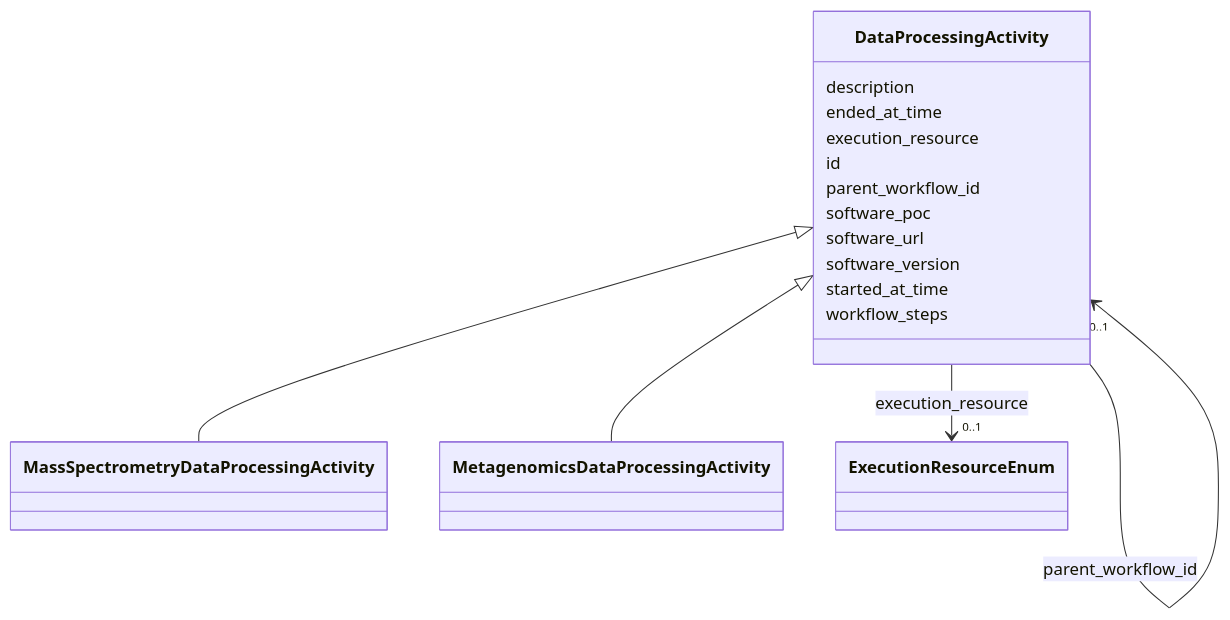
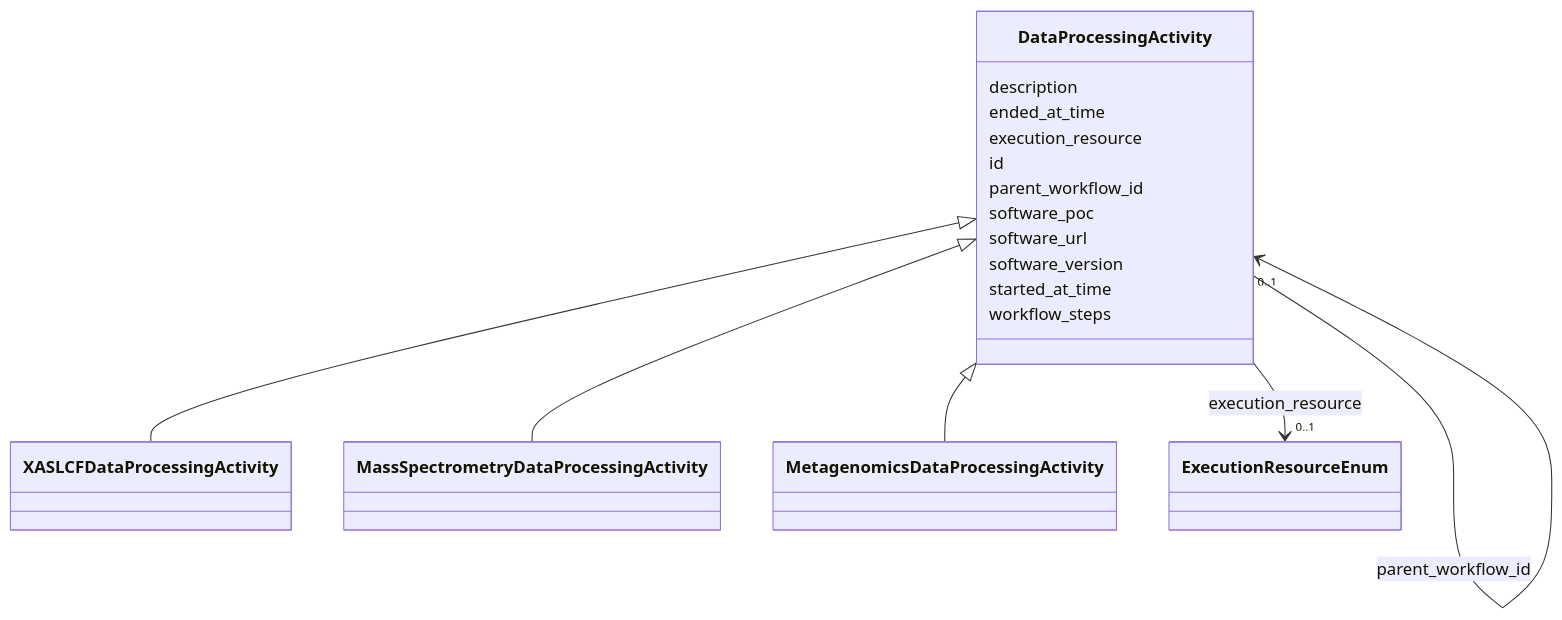
One commit to EMSL-Computing/BASALT-Schema changed the diagram in docs/elements/DataProcessingActivity.md. Above: the diagram before and after it, drawn with Mermaid. The commit also changed other lines of this file and 339 other files, not shown here.

````diff
--- a/docs/elements/DataProcessingActivity.md
+++ b/docs/elements/DataProcessingActivity.md
@@ -22,49 +22,51 @@
 ```mermaid
  classDiagram
     class DataProcessingActivity
     click DataProcessingActivity href "../DataProcessingActivity/"
+      DataProcessingActivity <|-- XASLCFDataProcessingActivity
+        click XASLCFDataProcessingActivity href "../XASLCFDataProcessingActivity/"
       DataProcessingActivity <|-- MassSpectrometryDataProcessingActivity
         click MassSpectrometryDataProcessingActivity href "../MassSpectrometryDataProcessingActivity/"
       DataProcessingActivity <|-- MetagenomicsDataProcessingActivity
         click MetagenomicsDataProcessingActivity href "../MetagenomicsDataProcessingActivity/"
       
       DataProcessingActivity : description
         
       DataProcessingActivity : ended_at_time
         
       DataProcessingActivity : execution_resource
         
           
     
         
         
         DataProcessingActivity --> "0..1" ExecutionResourceEnum : execution_resource
         click ExecutionResourceEnum href "../ExecutionResourceEnum/"
     
 
         
       DataProcessingActivity : id
         
       DataProcessingActivity : parent_workflow_id
         
           
     
         
         
         DataProcessingActivity --> "0..1" DataProcessingActivity : parent_workflow_id
         click DataProcessingActivity href "../DataProcessingActivity/"
     
 
         
       DataProcessingActivity : software_poc
         
       DataProcessingActivity : software_url
         
       DataProcessingActivity : software_version
         
       DataProcessingActivity : started_at_time
         
       DataProcessingActivity : workflow_steps
         
       
 ```
````
